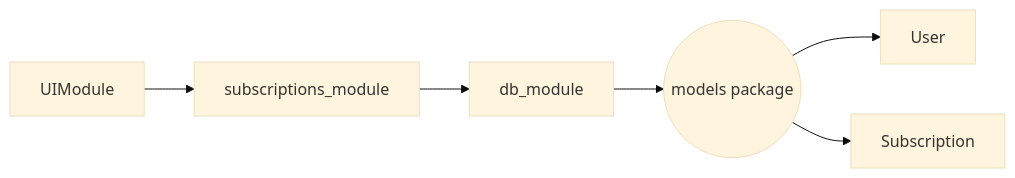
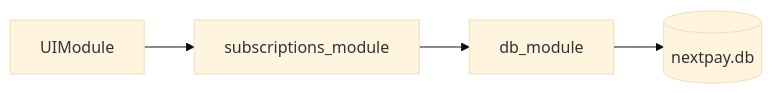
Before and after one commit to HashirOwais/NextPay-Subscription_Simplifed: the fourth of 14 diagrams in TESTING.md, drawn with Mermaid (base theme). The commit also changed other lines of this file, not shown here.

Commit message:
fixed mermaid diagram

````diff
--- a/TESTING.md
+++ b/TESTING.md
@@ -144,13 +138,6 @@
 ```mermaid
 flowchart LR
-  UIModule[UIModule]
-  SubMod[subscriptions_module]
-  DBMod[db_module]
-  Models((models package))
-
-  Models --> User[User]
-  Models --> Subscription[Subscription]
-  UIModule --> SubMod
-  SubMod --> DBMod
-  DBMod --> Models
+  UIModule --> SubMod[subscriptions_module]
+  SubMod --> DBMod[db_module]
+  DBMod --> SQLite[(nextpay.db)]
 ```
````
